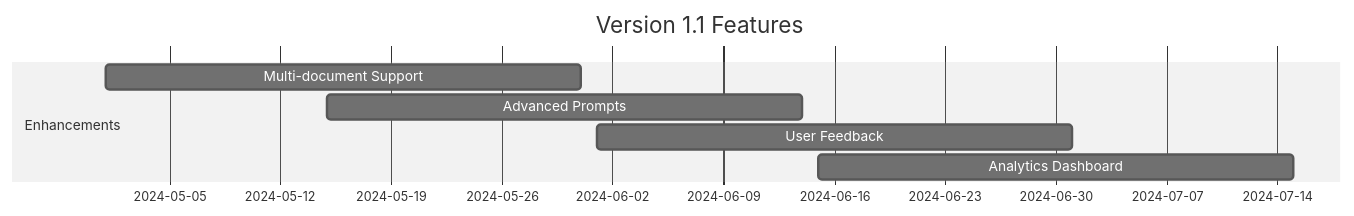
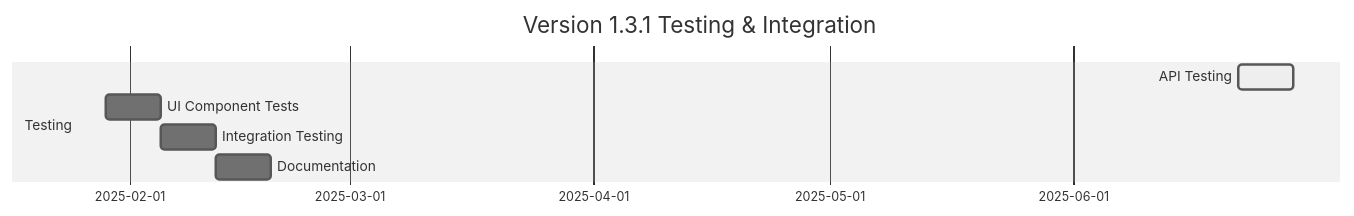
One commit to HaoyangHan/tiny-RAG changed the third of 7 diagrams in FeatureMap.md. Above: the diagram before and after it, drawn with Mermaid (neutral theme). The commit also changed other lines of this file and 7 other files, not shown here.

````diff
--- a/FeatureMap.md
+++ b/FeatureMap.md
@@ -78,10 +78,10 @@
 ```mermaid
 gantt
-    title Version 1.1 Features
-    dateFormat  YYYY-MM-DD
-    section Enhancements
-    Multi-document Support :2024-05-01, 30d
-    Advanced Prompts      :2024-05-15, 30d
-    User Feedback        :2024-06-01, 30d
-    Analytics Dashboard  :2024-06-15, 30d
+    title Version 1.3.1 Testing & Integration
+    dateFormat  2025-01-22
+    section Testing
+    API Testing          :active, 2025-01-22, 7d
+    UI Component Tests   :2025-01-29, 7d
+    Integration Testing  :2025-02-05, 7d
+    Documentation       :2025-02-12, 7d
 ```
````
